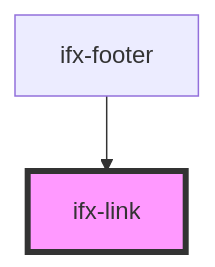
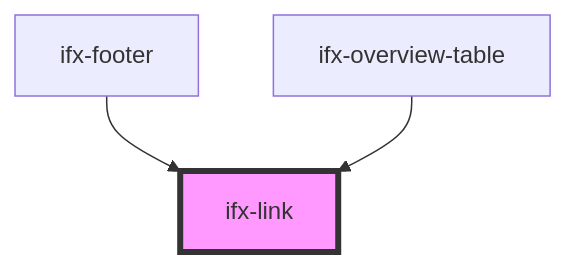
Before and after one commit to Infineon/infineon-design-system-stencil: the diagram in packages/components/src/components/link/readme.md, drawn with Mermaid. The commit also changed other lines of this file and 10 other files, not shown here.

````diff
--- a/packages/components/src/components/link/readme.md
+++ b/packages/components/src/components/link/readme.md
@@ -26,5 +27,6 @@
 ```mermaid
 graph TD;
   ifx-footer --> ifx-link
+  ifx-overview-table --> ifx-link
   style ifx-link fill:#f9f,stroke:#333,stroke-width:4px
 ```
````
